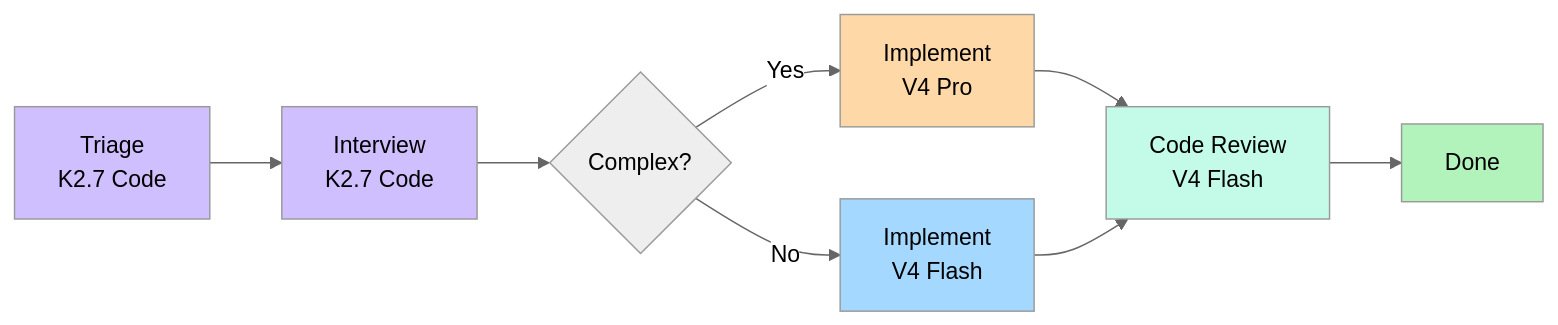
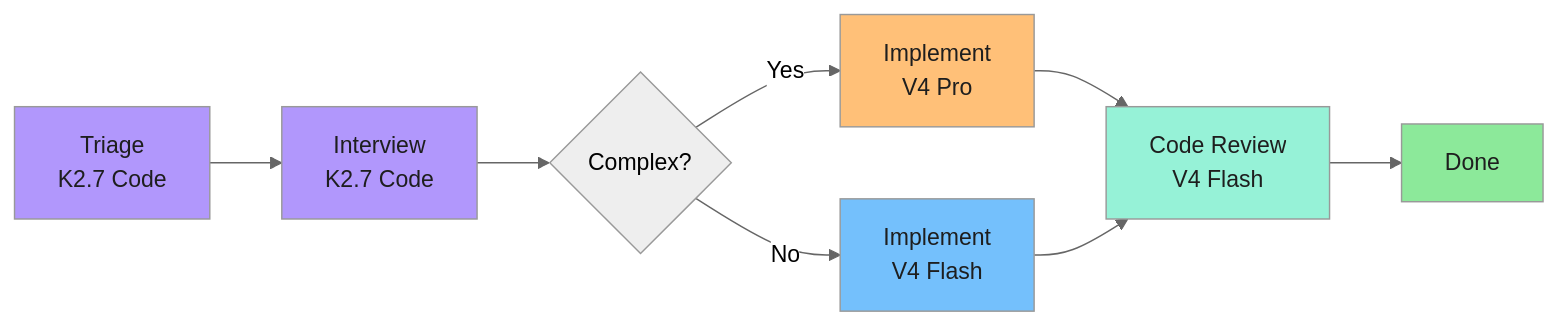
The second of 5 diagrams in README.md (elisharkray1030/ai-coding-workflow), drawn with Mermaid (neutral theme) before and after one commit. The commit also changed other lines of this file, not shown here.

First line of the commit message:
humanize: strip AI-isms, fix diagram readability, add doc pipeline

````diff
--- a/README.md
+++ b/README.md
@@ -38,17 +38,17 @@
 ```mermaid
 graph LR
     TR[Triage<br/>K2.7 Code] --> IN[Interview<br/>K2.7 Code]
     IN --> D{Complex?}
     D -->|Yes| IC[Implement<br/>V4 Pro]
     D -->|No| IS[Implement<br/>V4 Flash]
     IC --> CR[Code Review<br/>V4 Flash]
     IS --> CR
     CR --> DN[Done]
 
-    style TR fill:#d0bfff
-    style IN fill:#d0bfff
-    style IC fill:#ffd8a8
-    style IS fill:#a5d8ff
-    style CR fill:#c3fae8
-    style DN fill:#b2f2bb
+    style TR fill:#b197fc,color:#1e1e1e
+    style IN fill:#b197fc,color:#1e1e1e
+    style IC fill:#ffc078,color:#1e1e1e
+    style IS fill:#74c0fc,color:#1e1e1e
+    style CR fill:#96f2d7,color:#1e1e1e
+    style DN fill:#8ce99a,color:#1e1e1e
 ```
````
